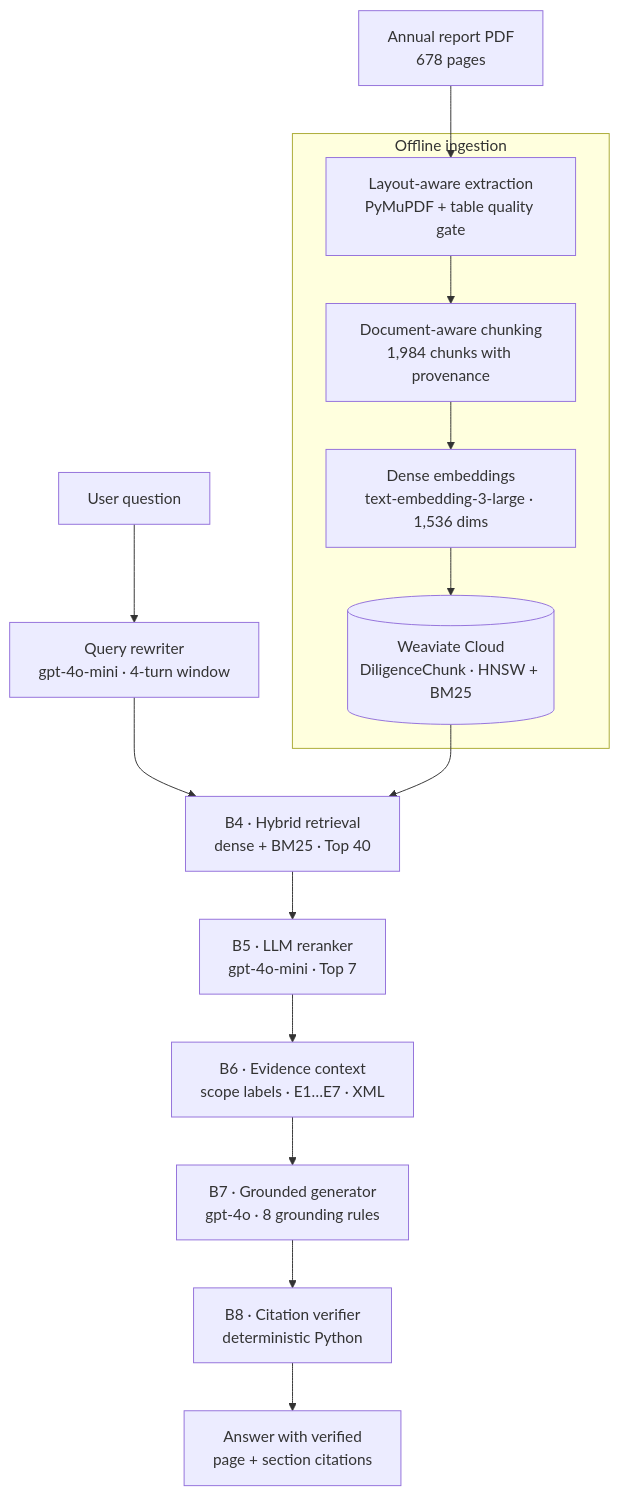
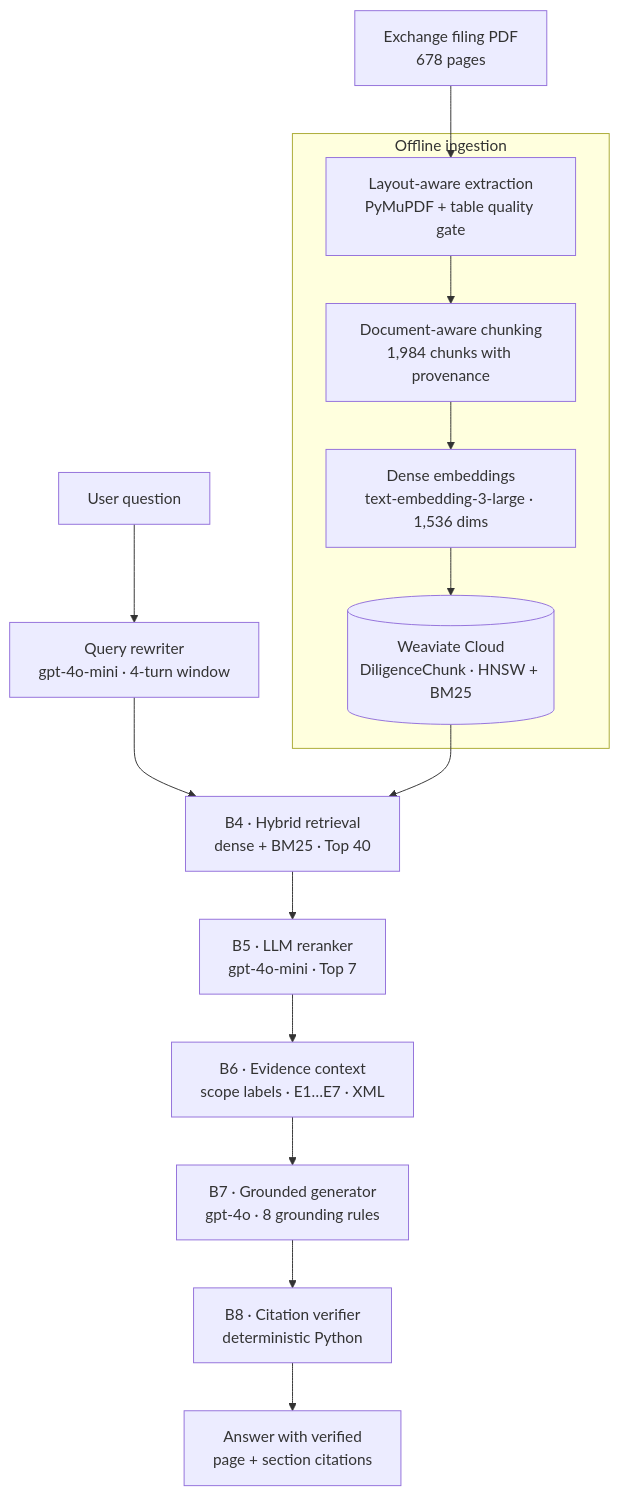
The diagram in README.md (KushagraPan/ai-due-diligence-copilot), drawn with Mermaid before and after one commit. The commit also changed other lines of this file and 1 other file, not shown here.

````diff
--- a/README.md
+++ b/README.md
@@ -51,19 +53,19 @@
 ```mermaid
 flowchart TB
-    PDF["Annual report PDF<br/>678 pages"] --> EXT
+    PDF["Exchange filing PDF<br/>678 pages"] --> EXT
 
     subgraph OFFLINE["Offline ingestion"]
         EXT["Layout-aware extraction<br/>PyMuPDF + table quality gate"] --> CHK["Document-aware chunking<br/>1,984 chunks with provenance"]
         CHK --> EMB["Dense embeddings<br/>text-embedding-3-large · 1,536 dims"]
         EMB --> WV[("Weaviate Cloud<br/>DiligenceChunk · HNSW + BM25")]
     end
 
     Q["User question"] --> RW["Query rewriter<br/>gpt-4o-mini · 4-turn window"]
     RW --> B4["B4 · Hybrid retrieval<br/>dense + BM25 · Top 40"]
     WV --> B4
     B4 --> B5["B5 · LLM reranker<br/>gpt-4o-mini · Top 7"]
     B5 --> B6["B6 · Evidence context<br/>scope labels · E1…E7 · XML"]
     B6 --> B7["B7 · Grounded generator<br/>gpt-4o · 8 grounding rules"]
     B7 --> B8["B8 · Citation verifier<br/>deterministic Python"]
     B8 --> ANS["Answer with verified<br/>page + section citations"]
 ```
````
